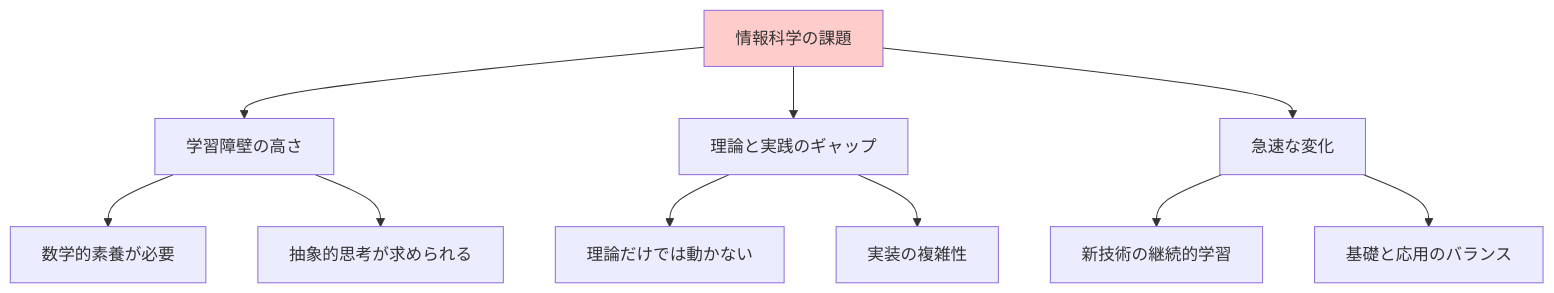
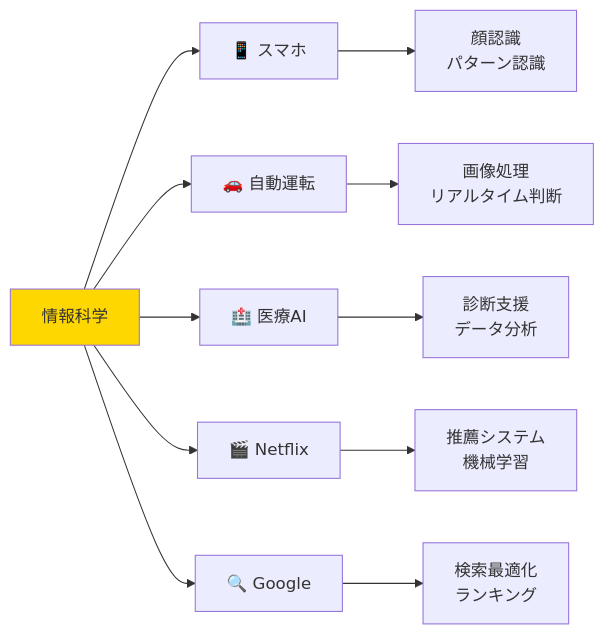
Diagram 13 of 20 in AI/BySpecialty/InformationScience/README.MD (SparklingDetergent/doc_genai_mental_model), drawn with Mermaid before and after one commit. The commit also changed other lines of this file, not shown here.

````diff
--- a/AI/BySpecialty/InformationScience/README.MD
+++ b/AI/BySpecialty/InformationScience/README.MD
@@ -399,17 +351,16 @@
 ```mermaid
-graph TD
-    A[情報科学の課題] --> B[学習障壁の高さ]
-    A --> C[理論と実践のギャップ]
-    A --> D[急速な変化]
+graph LR
+    A[情報科学] --> B[📱 スマホ]
+    A --> C[🚗 自動運転]
+    A --> D[🏥 医療AI]
+    A --> E[🎬 Netflix]
+    A --> F[🔍 Google]
     
-    B --> B1[数学的素養が必要]
-    B --> B2[抽象的思考が求められる]
+    B --> B1[顔認識<br/>パターン認識]
+    C --> C1[画像処理<br/>リアルタイム判断]
+    D --> D1[診断支援<br/>データ分析]
+    E --> E1[推薦システム<br/>機械学習]
+    F --> F1[検索最適化<br/>ランキング]
     
-    C --> C1[理論だけでは動かない]
-    C --> C2[実装の複雑性]
-    
-    D --> D1[新技術の継続的学習]
-    D --> D2[基礎と応用のバランス]
-    
-    style A fill:#ffcccc
+    style A fill:#FFD700
 ```
````
